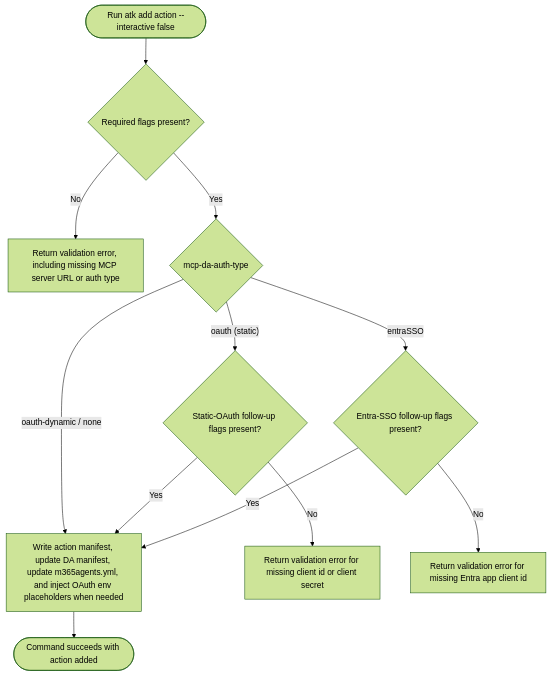
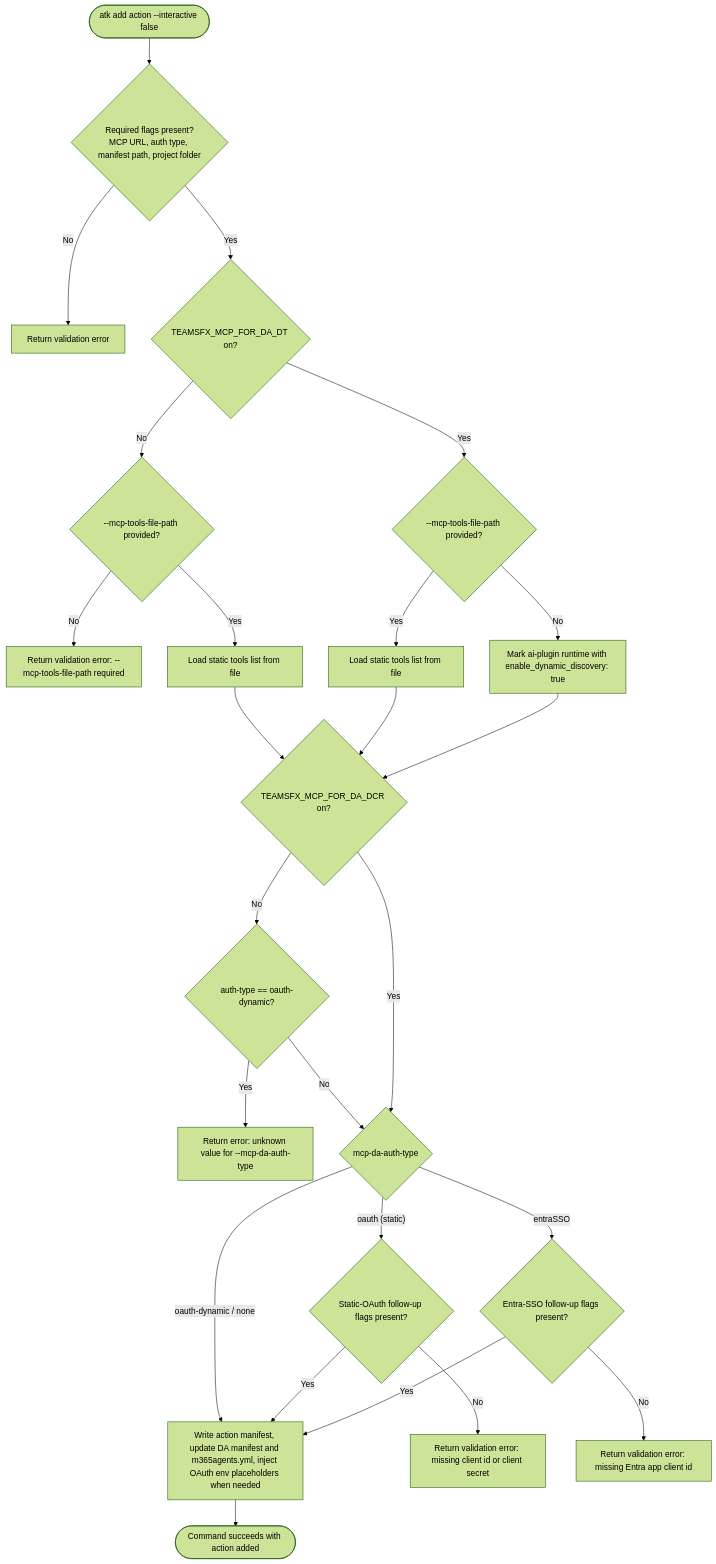
One commit to OfficeDev/microsoft-365-agents-toolkit changed the third of 3 diagrams in docs/01-product/scenarios/da/draft/add-mcp-action-to-da.md. Above: the diagram before and after it, drawn with Mermaid (forest theme). The commit also changed other lines of this file and 3 other files, not shown here.

First line of the commit message:
docs(da): refine MCP-for-DA draft scenarios for DT/DCR flag gating

````diff
--- a/docs/01-product/scenarios/da/draft/add-mcp-action-to-da.md
+++ b/docs/01-product/scenarios/da/draft/add-mcp-action-to-da.md
@@ -105,14 +131,25 @@
 ```mermaid
 flowchart TD
-  Start([Run atk add action --interactive false]) --> ValidateFlags{Required flags present?}
-  ValidateFlags -- No --> MissingOption[Return validation error, including missing MCP server URL or auth type]
-  ValidateFlags -- Yes --> AuthSwitch{mcp-da-auth-type}
+  Start([atk add action --interactive false]) --> ValidateFlags{Required flags present?<br/>MCP URL, auth type, manifest path, project folder}
+  ValidateFlags -- No --> MissingOption[Return validation error]
+  ValidateFlags -- Yes --> DtGate{TEAMSFX_MCP_FOR_DA_DT on?}
+  DtGate -- No --> RequireTools{--mcp-tools-file-path provided?}
+  RequireTools -- No --> MissingTools["Return validation error: --mcp-tools-file-path required"]
+  RequireTools -- Yes --> LoadStaticOff[Load static tools list from file] --> DcrGate
+  DtGate -- Yes --> OptionalTools{--mcp-tools-file-path provided?}
+  OptionalTools -- Yes --> LoadStaticOn[Load static tools list from file] --> DcrGate
+  OptionalTools -- No --> DtPath["Mark ai-plugin runtime with enable_dynamic_discovery: true"] --> DcrGate
+  DcrGate{TEAMSFX_MCP_FOR_DA_DCR on?}
+  DcrGate -- No --> RejectDynamic{auth-type == oauth-dynamic?}
+  RejectDynamic -- Yes --> UnknownValue["Return error: unknown value for --mcp-da-auth-type"]
+  RejectDynamic -- No --> AuthSwitch
+  DcrGate -- Yes --> AuthSwitch{mcp-da-auth-type}
   AuthSwitch -- "oauth-dynamic / none" --> WriteFiles
   AuthSwitch -- "oauth (static)" --> StaticFlags{Static-OAuth follow-up flags present?}
   AuthSwitch -- entraSSO --> SsoFlags{Entra-SSO follow-up flags present?}
-  StaticFlags -- No --> MissingStatic[Return validation error for missing client id or client secret]
+  StaticFlags -- No --> MissingStatic[Return validation error: missing client id or client secret]
   StaticFlags -- Yes --> WriteFiles
-  SsoFlags -- No --> MissingSso[Return validation error for missing Entra app client id]
-  SsoFlags -- Yes --> WriteFiles[Write action manifest, update DA manifest, update m365agents.yml, and inject OAuth env placeholders when needed]
+  SsoFlags -- No --> MissingSso[Return validation error: missing Entra app client id]
+  SsoFlags -- Yes --> WriteFiles[Write action manifest, update DA manifest and m365agents.yml, inject OAuth env placeholders when needed]
   WriteFiles --> Complete([Command succeeds with action added])
 ```
````
